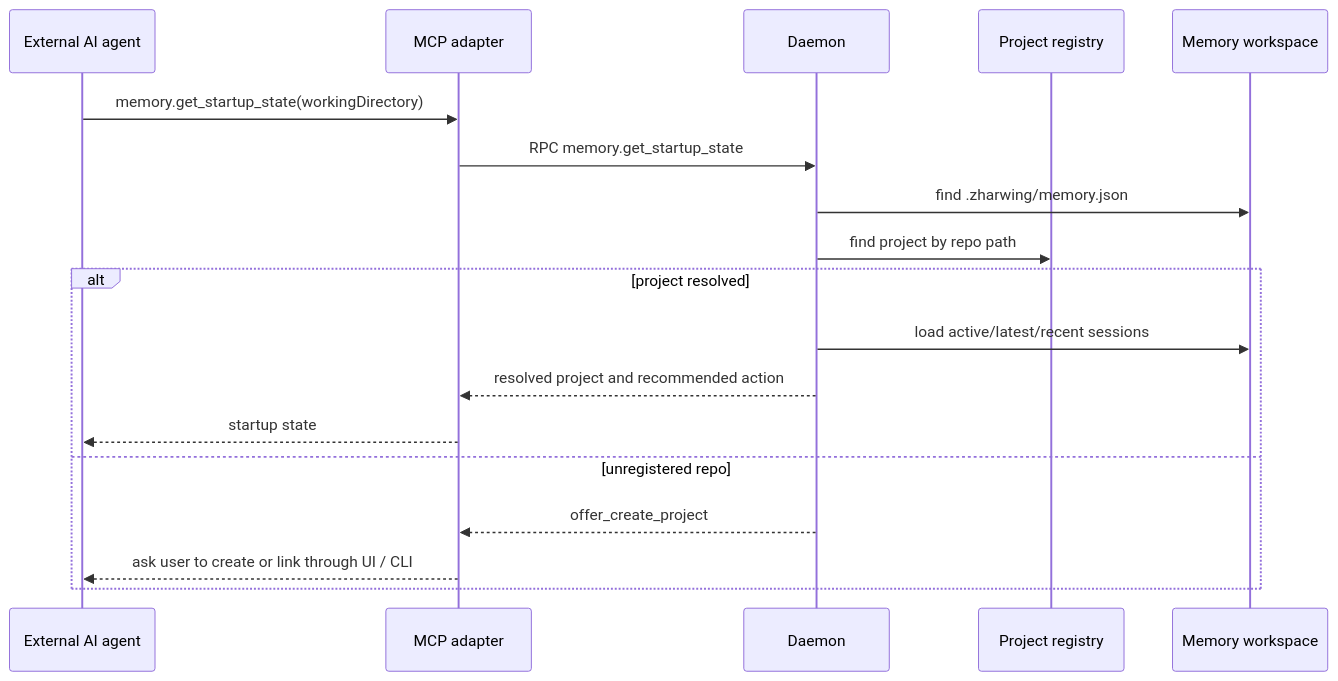
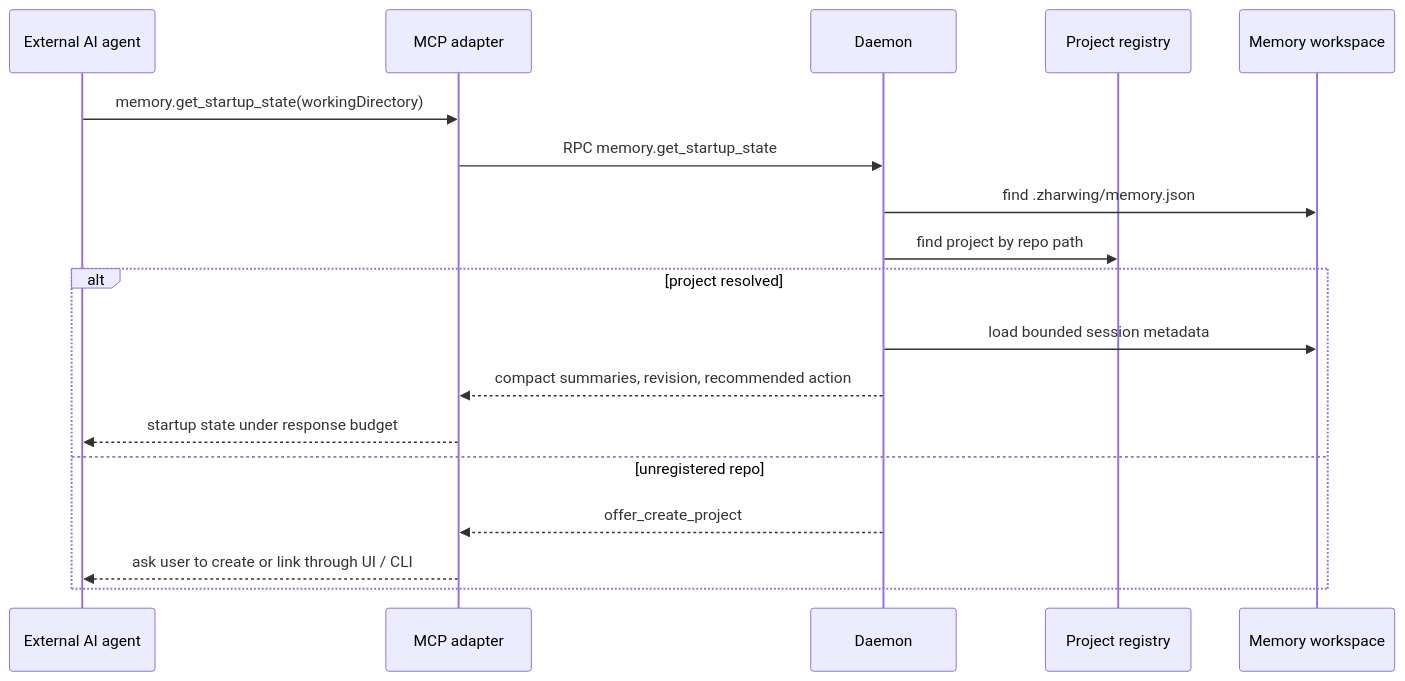
Before and after one commit to zharwing/memory: the sixth of 21 diagrams in docs/DIAGRAMS.md, drawn with Mermaid. The commit also changed 31 other files, not shown here.

Commit message:
feat: compact startup state and progressive session detail

````diff
--- a/docs/DIAGRAMS.md
+++ b/docs/DIAGRAMS.md
@@ -295,21 +295,21 @@
 ```mermaid
 sequenceDiagram
   participant Agent as External AI agent
   participant MCP as MCP adapter
   participant Daemon as Daemon
   participant Registry as Project registry
   participant Storage as Memory workspace
 
   Agent->>MCP: memory.get_startup_state(workingDirectory)
   MCP->>Daemon: RPC memory.get_startup_state
   Daemon->>Storage: find .zharwing/memory.json
   Daemon->>Registry: find project by repo path
   alt project resolved
-    Daemon->>Storage: load active/latest/recent sessions
-    Daemon-->>MCP: resolved project and recommended action
-    MCP-->>Agent: startup state
+    Daemon->>Storage: load bounded session metadata
+    Daemon-->>MCP: compact summaries, revision, recommended action
+    MCP-->>Agent: startup state under response budget
   else unregistered repo
     Daemon-->>MCP: offer_create_project
     MCP-->>Agent: ask user to create or link through UI / CLI
   end
 ```
````
